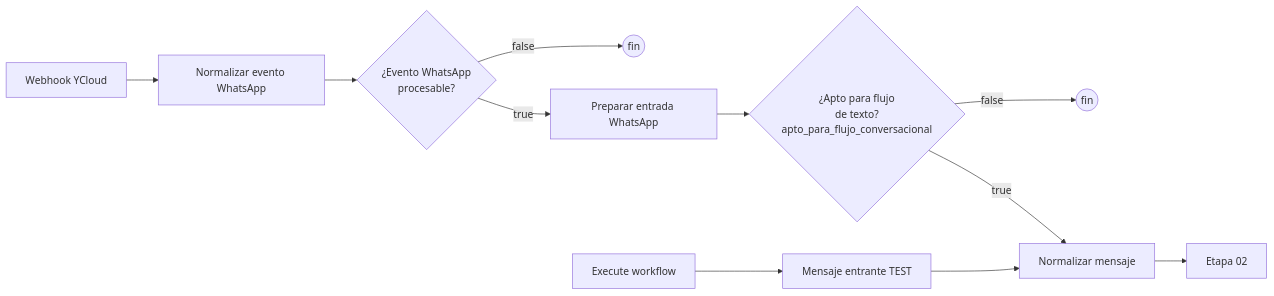
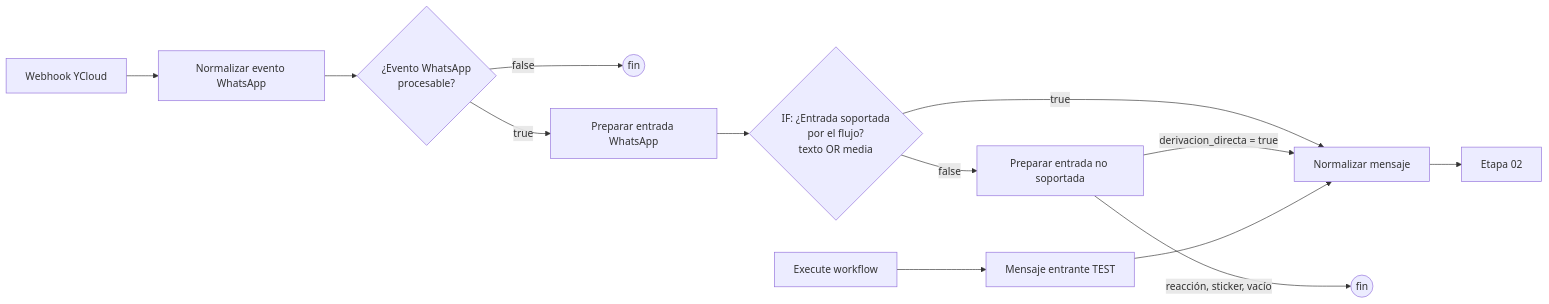
Before and after one commit to Theborycuas/pegaso-n8n: the diagram in docs/etapas/01-entrada.md, drawn with Mermaid. The commit also changed other lines of this file and 80 other files, not shown here.

````diff
--- a/docs/etapas/01-entrada.md
+++ b/docs/etapas/01-entrada.md
@@ -5,12 +5,14 @@
 ```mermaid
 flowchart LR
     W[Webhook YCloud] --> N[Normalizar evento WhatsApp]
     N --> I1{¿Evento WhatsApp<br/>procesable?}
     I1 -->|false| X1((fin))
     I1 -->|true| P[Preparar entrada WhatsApp]
-    P --> I2{¿Apto para flujo<br/>de texto?<br/>apto_para_flujo_conversacional}
-    I2 -->|false| X2((fin))
+    P --> I2{IF: ¿Entrada soportada<br/>por el flujo?<br/>texto OR media}
     I2 -->|true| M[Normalizar mensaje]
+    I2 -->|false| NS[Preparar entrada no soportada]
+    NS -->|reacción, sticker, vacío| X2((fin))
+    NS -->|derivacion_directa = true| M
     T[Execute workflow] --> S[Mensaje entrante TEST] --> M
     M --> E02[Etapa 02]
 ```
````
